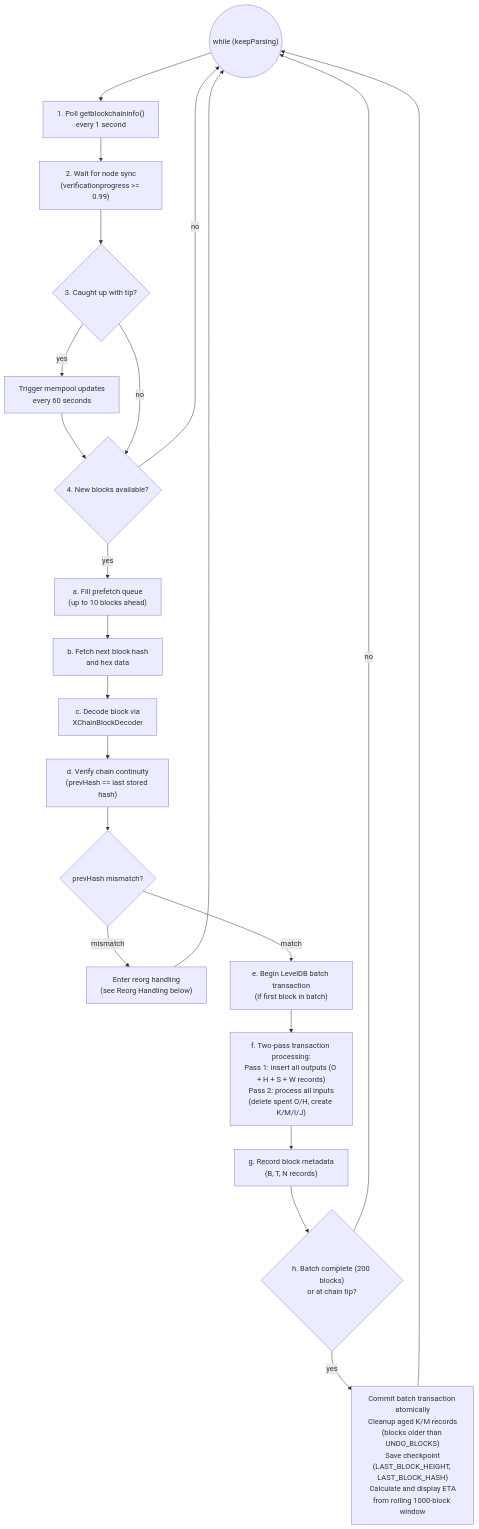
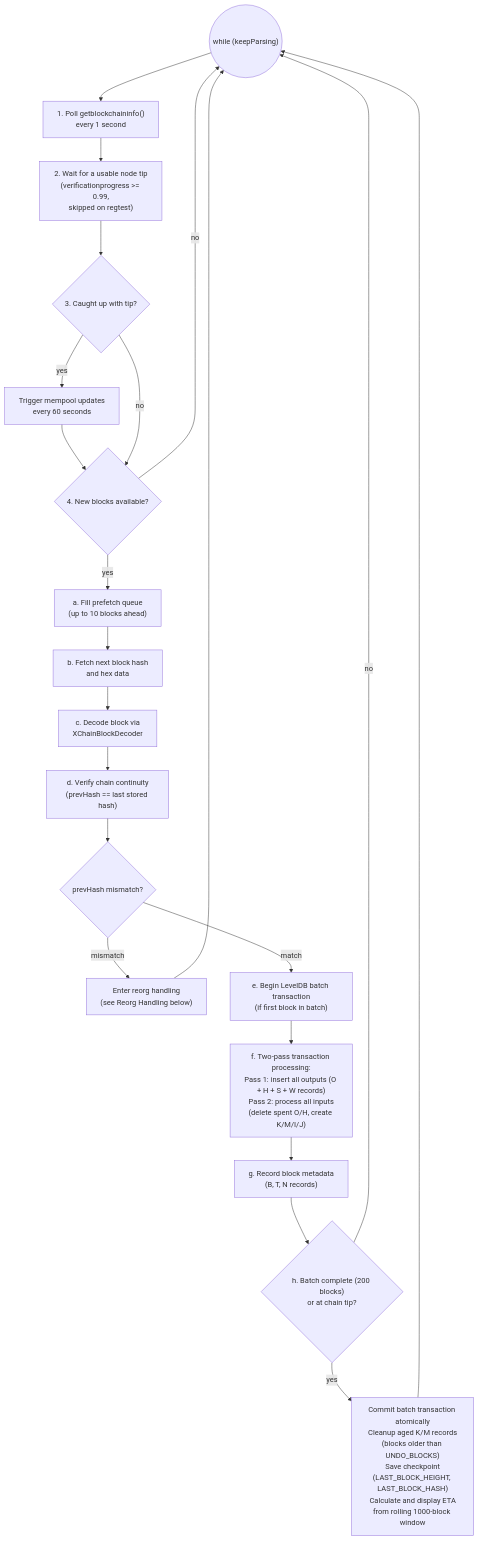
One commit to XChain-Platform/xchain-documentation changed the third of 5 diagrams in components/utxo-tracker/architecture.md. Above: the diagram before and after it, drawn with Mermaid. The commit also changed 39 other files, not shown here.

````diff
--- a/components/utxo-tracker/architecture.md
+++ b/components/utxo-tracker/architecture.md
@@ -101,30 +101,30 @@
 ```mermaid
 flowchart TD
     TOP(("while (keepParsing)"))
     S1["1. Poll getblockchaininfo()<br>every 1 second"]
-    S2["2. Wait for node sync<br>(verificationprogress >= 0.99)"]
+    S2["2. Wait for a usable node tip<br>(verificationprogress >= 0.99,<br>skipped on regtest)"]
     Q3{"3. Caught up with tip?"}
     MEMPOOL["Trigger mempool updates<br>every 60 seconds"]
     Q4{"4. New blocks available?"}
     STEPA["a. Fill prefetch queue<br>(up to 10 blocks ahead)"]
     STEPB["b. Fetch next block hash<br>and hex data"]
     STEPC["c. Decode block via<br>XChainBlockDecoder"]
     STEPD["d. Verify chain continuity<br>(prevHash == last stored hash)"]
     QREORG{"prevHash mismatch?"}
     REORG["Enter reorg handling<br>(see Reorg Handling below)"]
     STEPE["e. Begin LevelDB batch transaction<br>(if first block in batch)"]
     STEPF["f. Two-pass transaction processing:<br>Pass 1: insert all outputs (O + H + S + W records)<br>Pass 2: process all inputs<br>(delete spent O/H, create K/M/I/J)"]
     STEPG["g. Record block metadata<br>(B, T, N records)"]
     QH{"h. Batch complete (200 blocks)<br>or at chain tip?"}
     COMMIT["Commit batch transaction atomically<br>Cleanup aged K/M records<br>(blocks older than UNDO_BLOCKS)<br>Save checkpoint<br>(LAST_BLOCK_HEIGHT, LAST_BLOCK_HASH)<br>Calculate and display ETA<br>from rolling 1000-block window"]
 
     TOP --> S1 --> S2 --> Q3
     Q3 -->|yes| MEMPOOL --> Q4
     Q3 -->|no| Q4
     Q4 -->|yes| STEPA --> STEPB --> STEPC --> STEPD --> QREORG
     QREORG -->|mismatch| REORG --> TOP
     QREORG -->|match| STEPE --> STEPF --> STEPG --> QH
     QH -->|yes| COMMIT --> TOP
     QH -->|no| TOP
     Q4 -->|no| TOP
 ```
````
